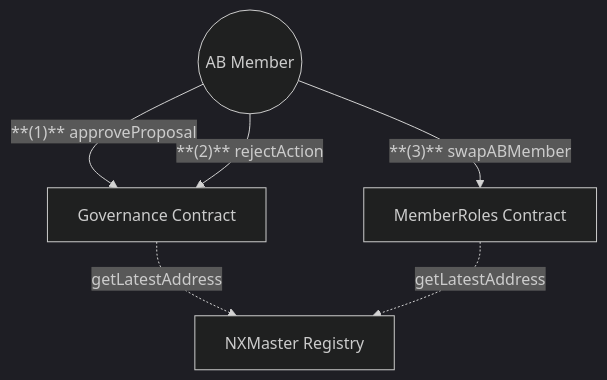
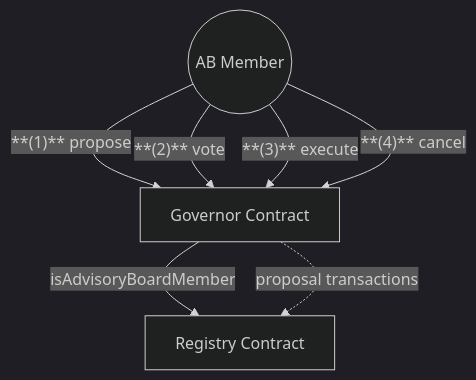
The second of 2 diagrams in docs/developers/Diagrams/Contracts Diagrams/governance-membership.md (NexusMutual/docs), drawn with Mermaid (dark theme) before and after one commit. The commit also changed other lines of this file and 8 other files, not shown here.

First line of the commit message:
docs: update diagrams and user flows for the current contracts

````diff
--- a/docs/developers/Diagrams/Contracts Diagrams/governance-membership.md
+++ b/docs/developers/Diagrams/Contracts Diagrams/governance-membership.md
@@ -35,19 +36,19 @@
 ```mermaid
 graph TD
     %% Users
     ABMember(("AB Member"))
 
     %% Contracts
-    Governance["Governance Contract"]
-    MemberRoles["MemberRoles Contract"]
-    NXMaster["NXMaster Registry"]
+    Governor["Governor Contract"]
+    Registry["Registry Contract"]
 
     %% AB Member interactions
-    ABMember -->|"**(1)** approveProposal"| Governance
-    ABMember -->|"**(2)** rejectAction"| Governance
-    ABMember -->|"**(3)** swapABMember"| MemberRoles
+    ABMember -->|"**(1)** propose"| Governor
+    ABMember -->|"**(2)** vote"| Governor
+    ABMember -->|"**(3)** execute"| Governor
+    ABMember -->|"**(4)** cancel"| Governor
 
-    %% Contract Registry interactions
-    Governance -.->|"getLatestAddress"| NXMaster
-    MemberRoles -.->|"getLatestAddress"| NXMaster
+    %% Contract interactions
+    Governor -->|"isAdvisoryBoardMember"| Registry
+    Governor -.->|"proposal transactions"| Registry
 ```
````
